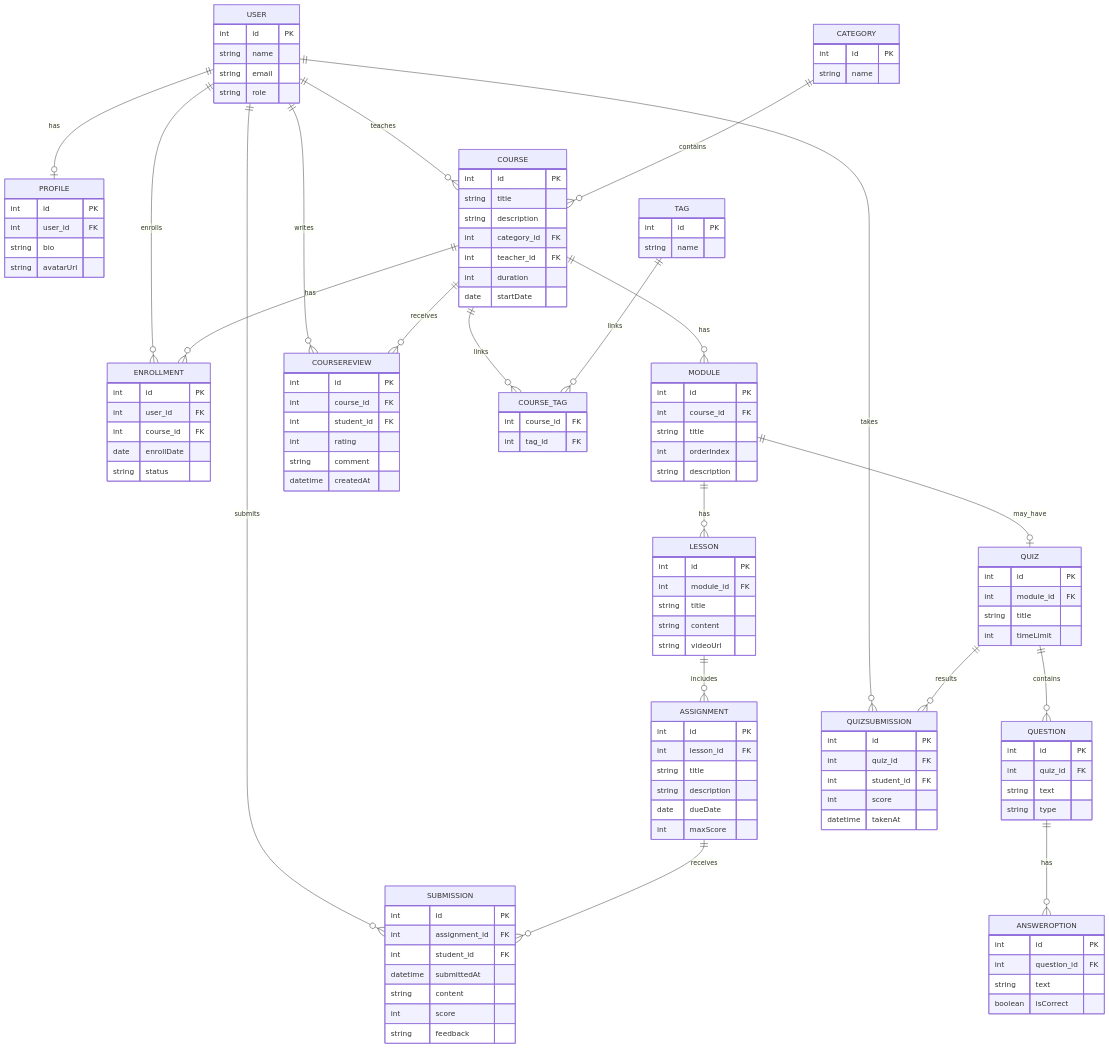
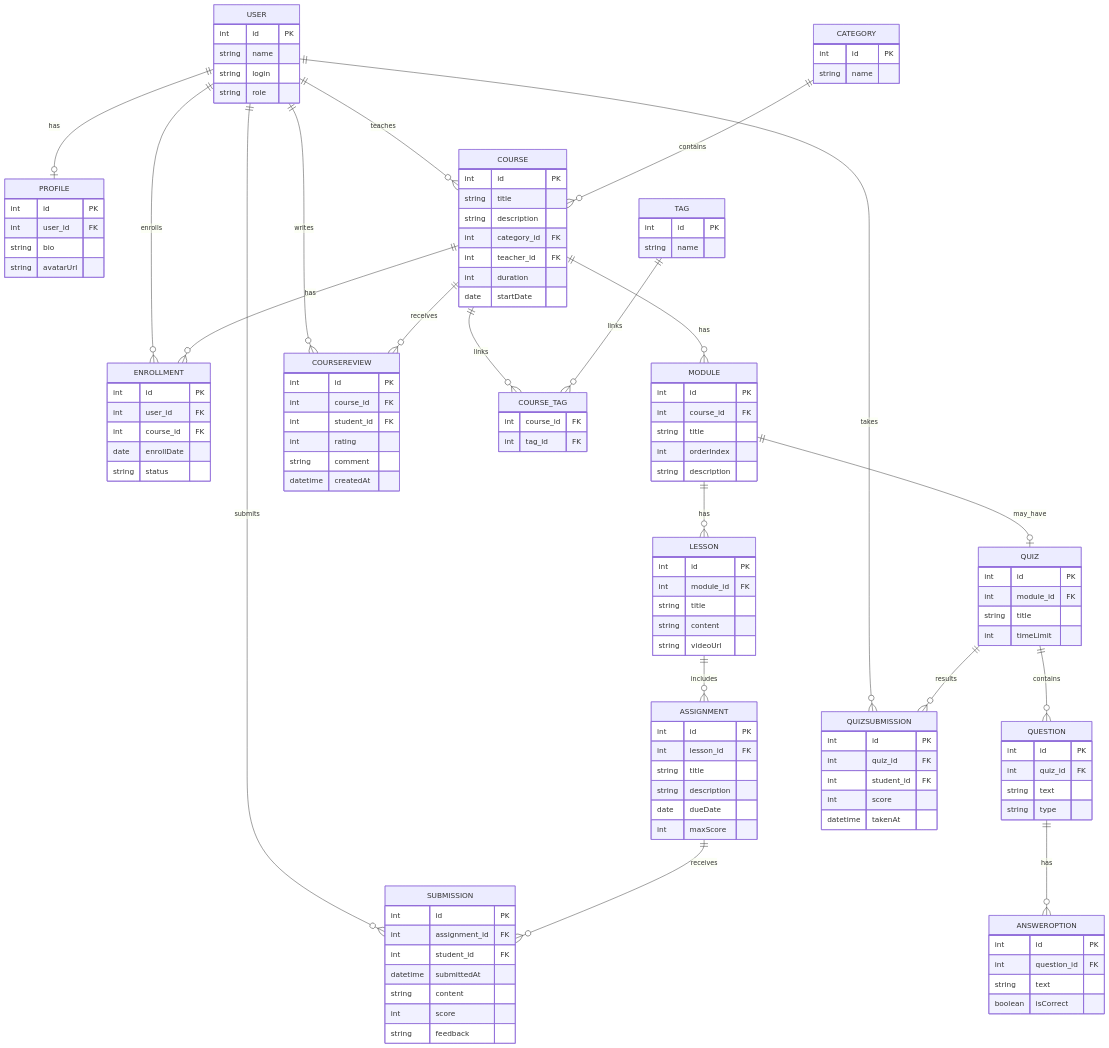
The diagram in README.md (SergejLuzhin/SF-Studying-Platform-App), drawn with Mermaid before and after one commit. The commit also changed other lines of this file, not shown here.

```diff
--- a/README.md
+++ b/README.md
@@ -180,7 +180,7 @@
     USER {
         int id PK
         string name
-        string email
+        string login
         string role
     }
 
```
